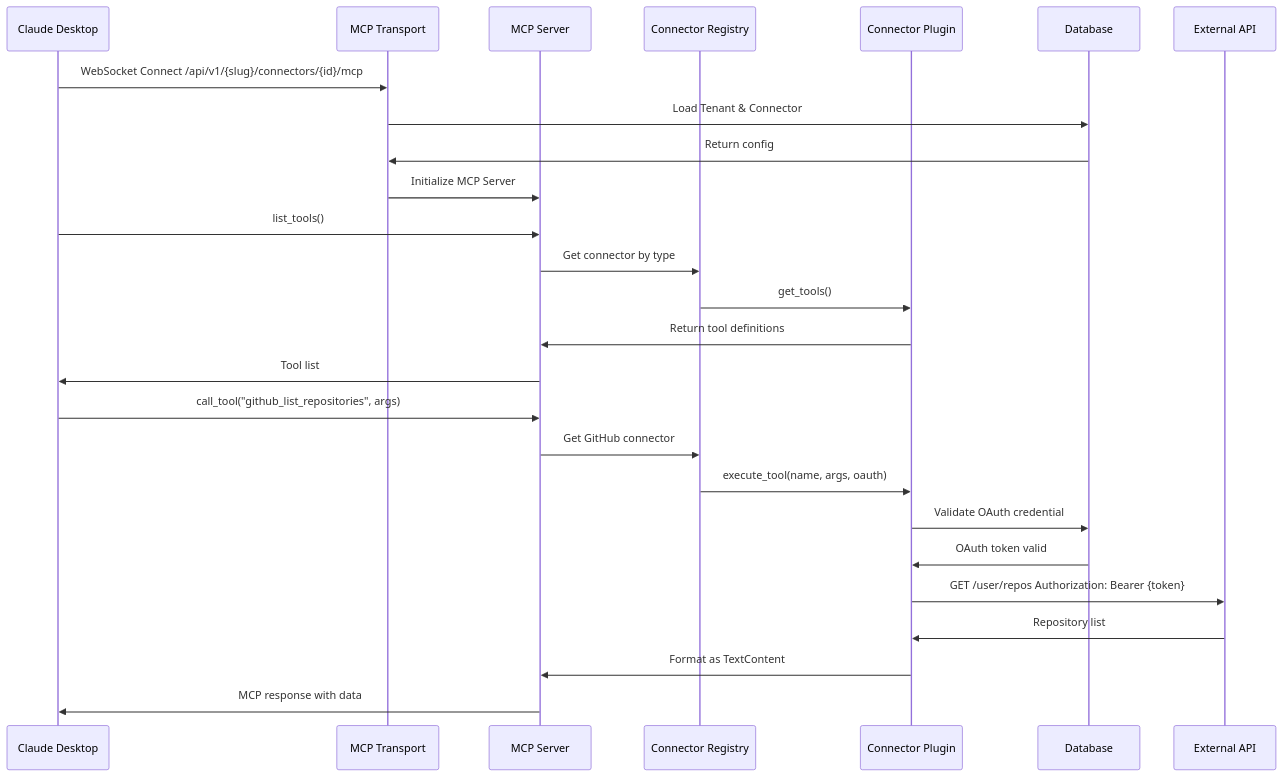
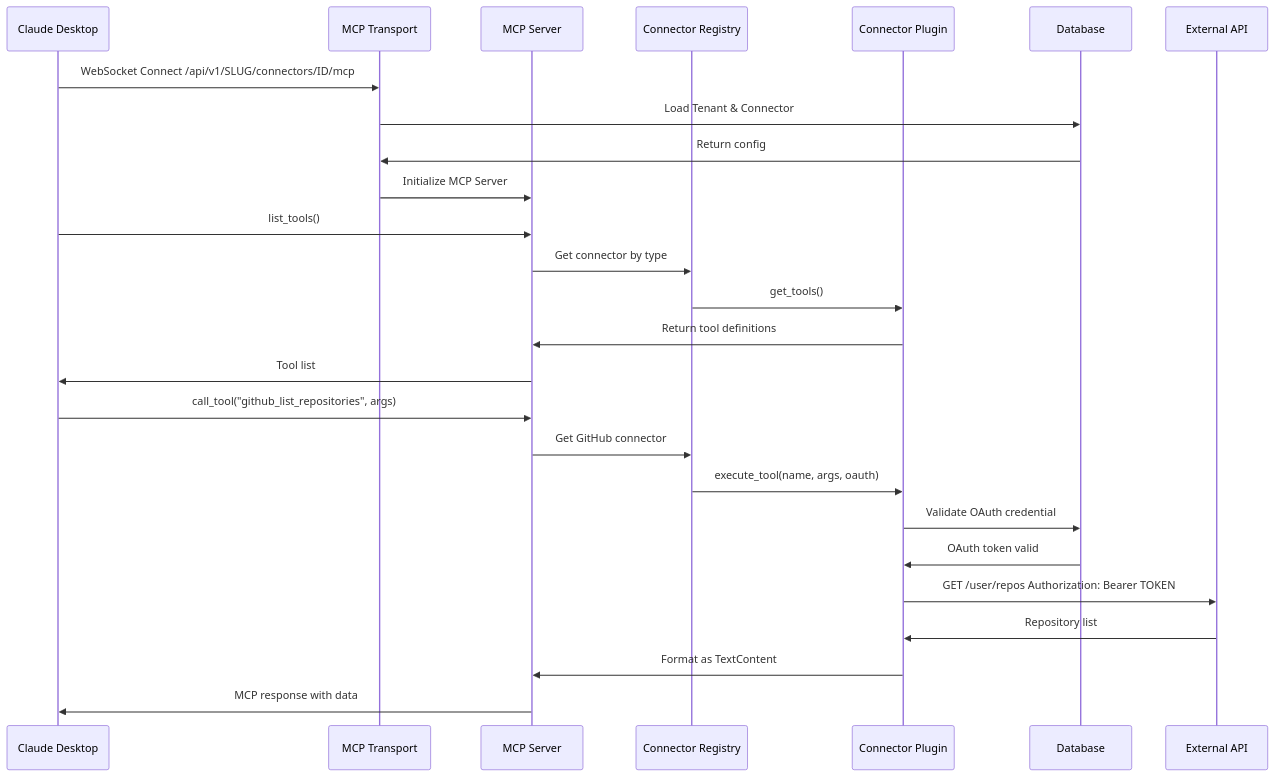
The fourth of 11 diagrams in docs/architecture.md (mvmcode/SageMCP), drawn with Mermaid before and after one commit. The commit also changed other lines of this file, not shown here.

````diff
--- a/docs/architecture.md
+++ b/docs/architecture.md
@@ -231,31 +231,31 @@
 ```mermaid
 sequenceDiagram
     participant Client as Claude Desktop
     participant Transport as MCP Transport
     participant Server as MCP Server
     participant Registry as Connector Registry
     participant Connector as Connector Plugin
     participant DB as Database
     participant API as External API
 
-    Client->>Transport: WebSocket Connect /api/v1/{slug}/connectors/{id}/mcp
+    Client->>Transport: WebSocket Connect /api/v1/SLUG/connectors/ID/mcp
     Transport->>DB: Load Tenant & Connector
     DB->>Transport: Return config
     Transport->>Server: Initialize MCP Server
 
     Client->>Server: list_tools()
     Server->>Registry: Get connector by type
     Registry->>Connector: get_tools()
     Connector->>Server: Return tool definitions
     Server->>Client: Tool list
 
     Client->>Server: call_tool("github_list_repositories", args)
     Server->>Registry: Get GitHub connector
     Registry->>Connector: execute_tool(name, args, oauth)
     Connector->>DB: Validate OAuth credential
     DB->>Connector: OAuth token valid
-    Connector->>API: GET /user/repos Authorization: Bearer {token}
+    Connector->>API: GET /user/repos Authorization: Bearer TOKEN
     API->>Connector: Repository list
     Connector->>Server: Format as TextContent
     Server->>Client: MCP response with data
 ```
````
